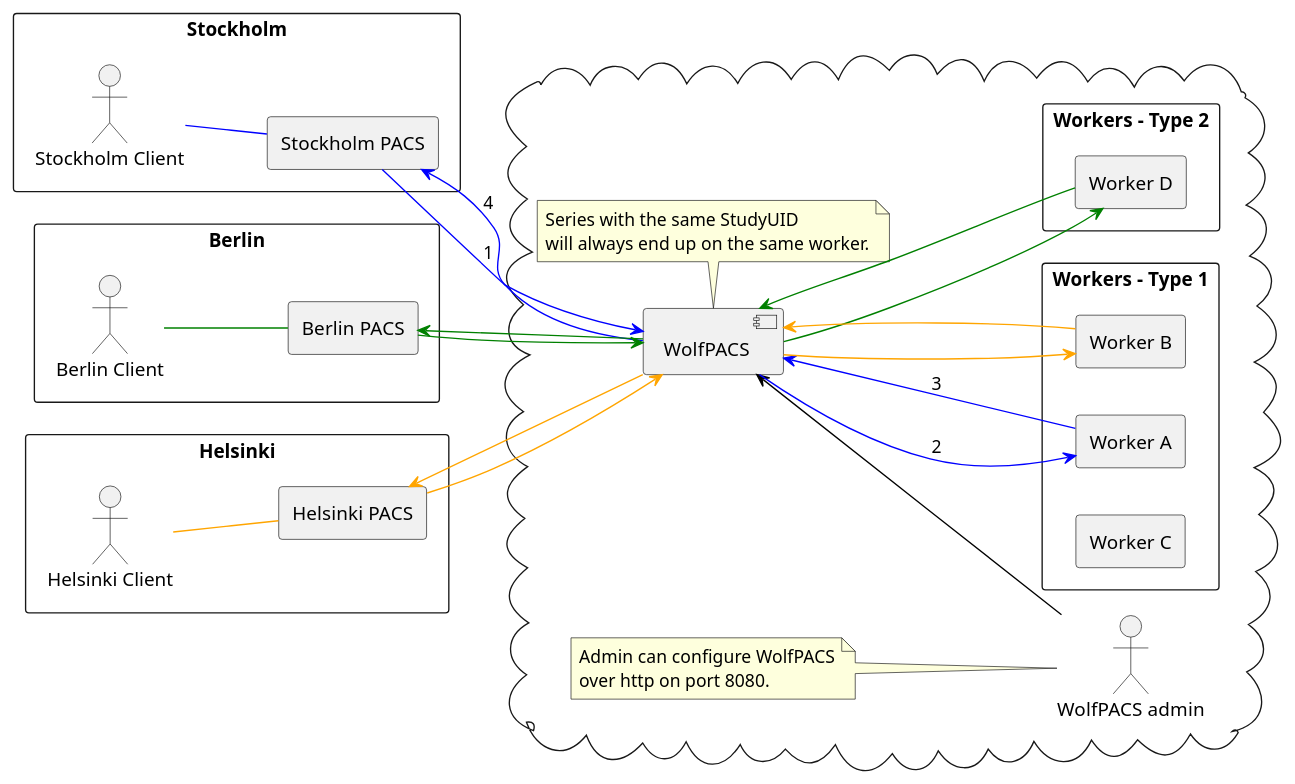
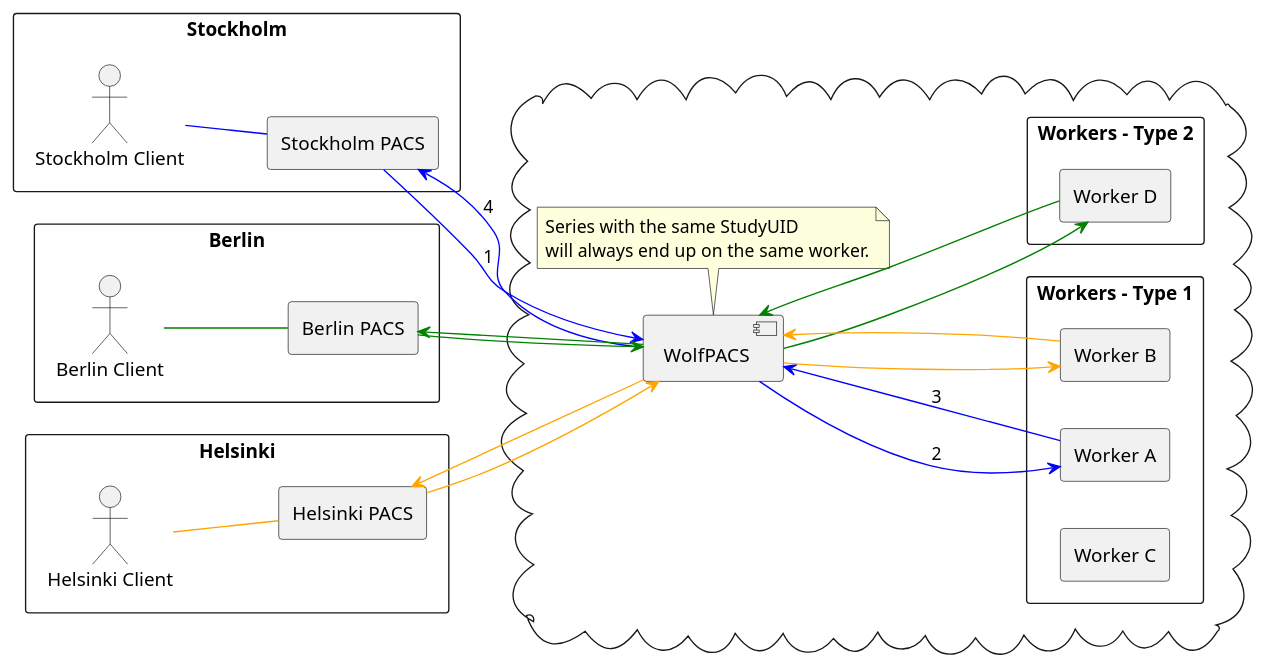
One commit to wolfpacs/wolfpacs changed the diagram in priv/dream1.puml. Above: the diagram before and after it, drawn with PlantUML. The commit also changed 22 other files, not shown here.

```diff
--- a/priv/dream1.puml
+++ b/priv/dream1.puml
@@ -1,84 +1,74 @@
 @startuml
 left to right direction
 skinparam packageStyle rectangle
 
 package Stockholm {
 actor "Stockholm Client" as S_CLIENT
 agent "Stockholm PACS" as S_PACS
 }
 
 package Berlin {
 actor "Berlin Client" as B_CLIENT
 agent "Berlin PACS" as B_PACS
 }
 
 package Helsinki {
 actor "Helsinki Client" as H_CLIENT
 agent "Helsinki PACS" as H_PACS
 }
 
 cloud {
 
 component "WolfPACS" as WP
 
 package "Workers - Type 1" {
 	agent "Worker A" as WA
 	agent "Worker B" as WB
 	agent "Worker C" as WC
 }
 
 package "Workers - Type 2"{
 	agent "Worker D" as WD
 }
 
 note bottom of WP
      Series with the same StudyUID
      will always end up on the same worker.
 end note
-
-actor "WolfPACS admin" as ADMIN
-
-note left of ADMIN
-     Admin can configure WolfPACS
-     over http on port 8080.
-end note
 }
-
-WP <-[#black]- ADMIN
-
 
 S_CLIENT -[#blue]- S_PACS
 
 S_PACS -[#blue]-> WP : 1
 
 WP -[#blue]-> WA : 2
 
 WP <-[#blue]- WA : 3
 
 WP -[#blue]-> S_PACS : 4
 
 
 
 B_CLIENT -[#green]- B_PACS
 
 B_PACS -[#green]-> WP
 
 WP -[#green]-> WD
 
 WP <-[#green]- WD
 
 WP -[#green]-> B_PACS
 
 
 
 H_CLIENT -[#orange]- H_PACS
 
 H_PACS -[#orange]-> WP
 
 WP -[#orange]-> WB
 
 WP <-[#orange]- WB
 
 WP -[#orange]-> H_PACS
 
 @enduml
```
